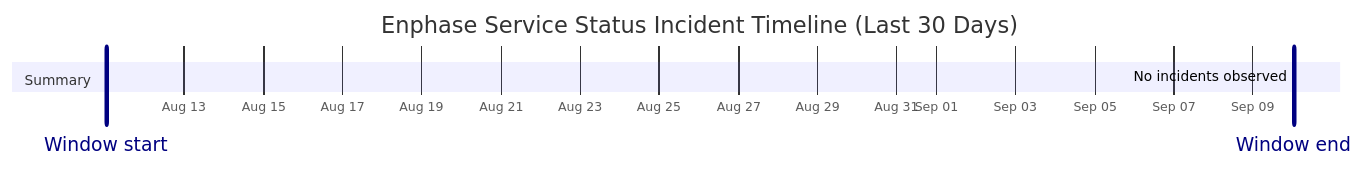
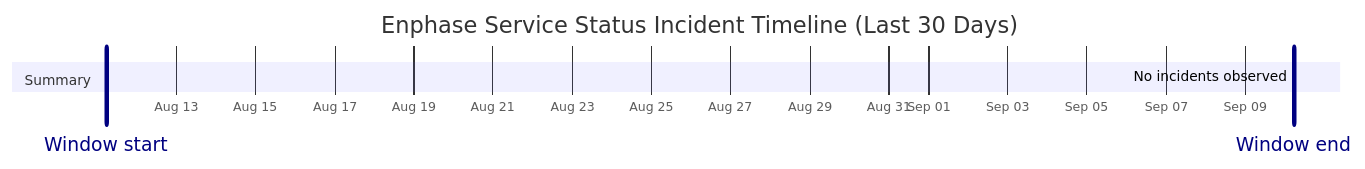
The diagram in wiki/Service-Status-History.md (barneyonline/ha-enphase-energy), drawn with Mermaid before and after one commit. The commit also changed other lines of this file and 3 other files, not shown here.

````diff
--- a/wiki/Service-Status-History.md
+++ b/wiki/Service-Status-History.md
@@ -14,10 +14,10 @@
 ```mermaid
 gantt
     title Enphase Service Status Incident Timeline (Last 30 Days)
     dateFormat  YYYY-MM-DDTHH:mm:ss
     axisFormat  %b %d
-    Window start :vert, window-start, 2026-08-11T00:50:40, 0ms
-    Window end :vert, window-end, 2026-09-10T00:50:40, 0ms
+    Window start :vert, window-start, 2026-08-11T05:36:40, 0ms
+    Window end :vert, window-end, 2026-09-10T05:36:40, 0ms
     section Summary
-    No incidents observed :done, 2026-09-10T00:50:40, 1m
+    No incidents observed :done, 2026-09-10T05:36:40, 1m
 ```
````
